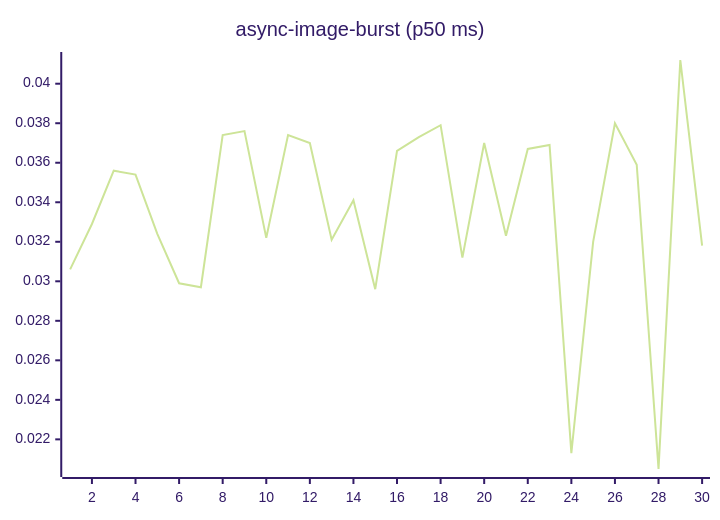
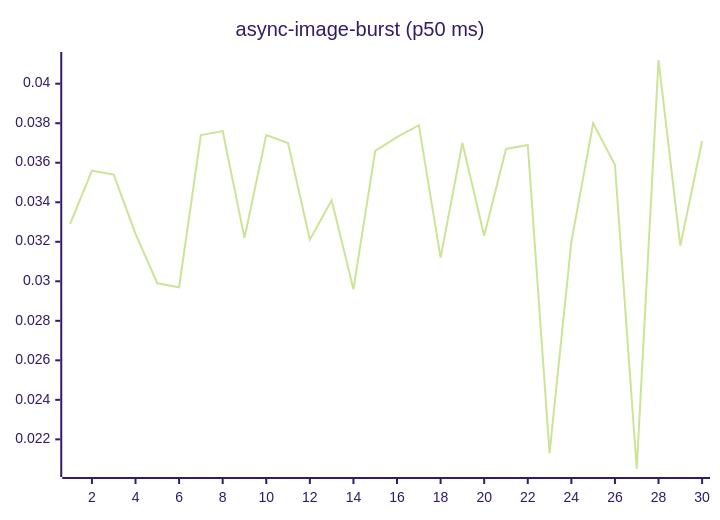
Before and after one commit to josha/Facet: the fourth of 27 diagrams in README.md, drawn with Mermaid (forest theme). The commit also changed other lines of this file and 2 other files, not shown here.

````diff
--- a/README.md
+++ b/README.md
@@ -84,6 +84,6 @@
 ```mermaid
 xychart-beta
     title "async-image-burst (p50 ms)"
     x-axis 1 --> 30
-    line [0.0306, 0.0329, 0.0356, 0.0354, 0.0324, 0.0299, 0.0297, 0.0374, 0.0376, 0.0322, 0.0374, 0.0370, 0.0321, 0.0341, 0.0296, 0.0366, 0.0373, 0.0379, 0.0312, 0.0370, 0.0323, 0.0367, 0.0369, 0.0213, 0.0320, 0.0380, 0.0359, 0.0205, 0.0412, 0.0318]
+    line [0.0329, 0.0356, 0.0354, 0.0324, 0.0299, 0.0297, 0.0374, 0.0376, 0.0322, 0.0374, 0.0370, 0.0321, 0.0341, 0.0296, 0.0366, 0.0373, 0.0379, 0.0312, 0.0370, 0.0323, 0.0367, 0.0369, 0.0213, 0.0320, 0.0380, 0.0359, 0.0205, 0.0412, 0.0318, 0.0371]
 ```
````
